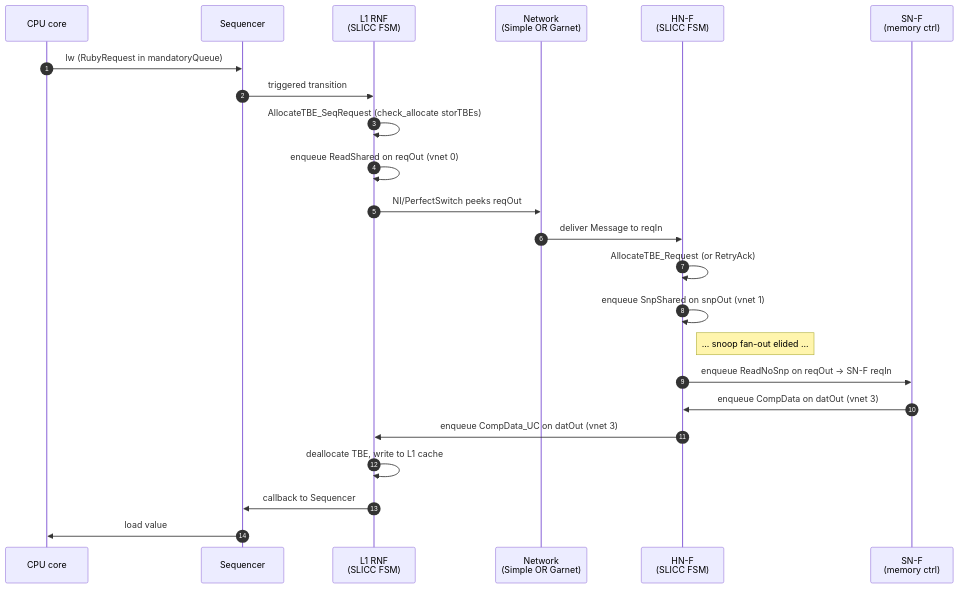
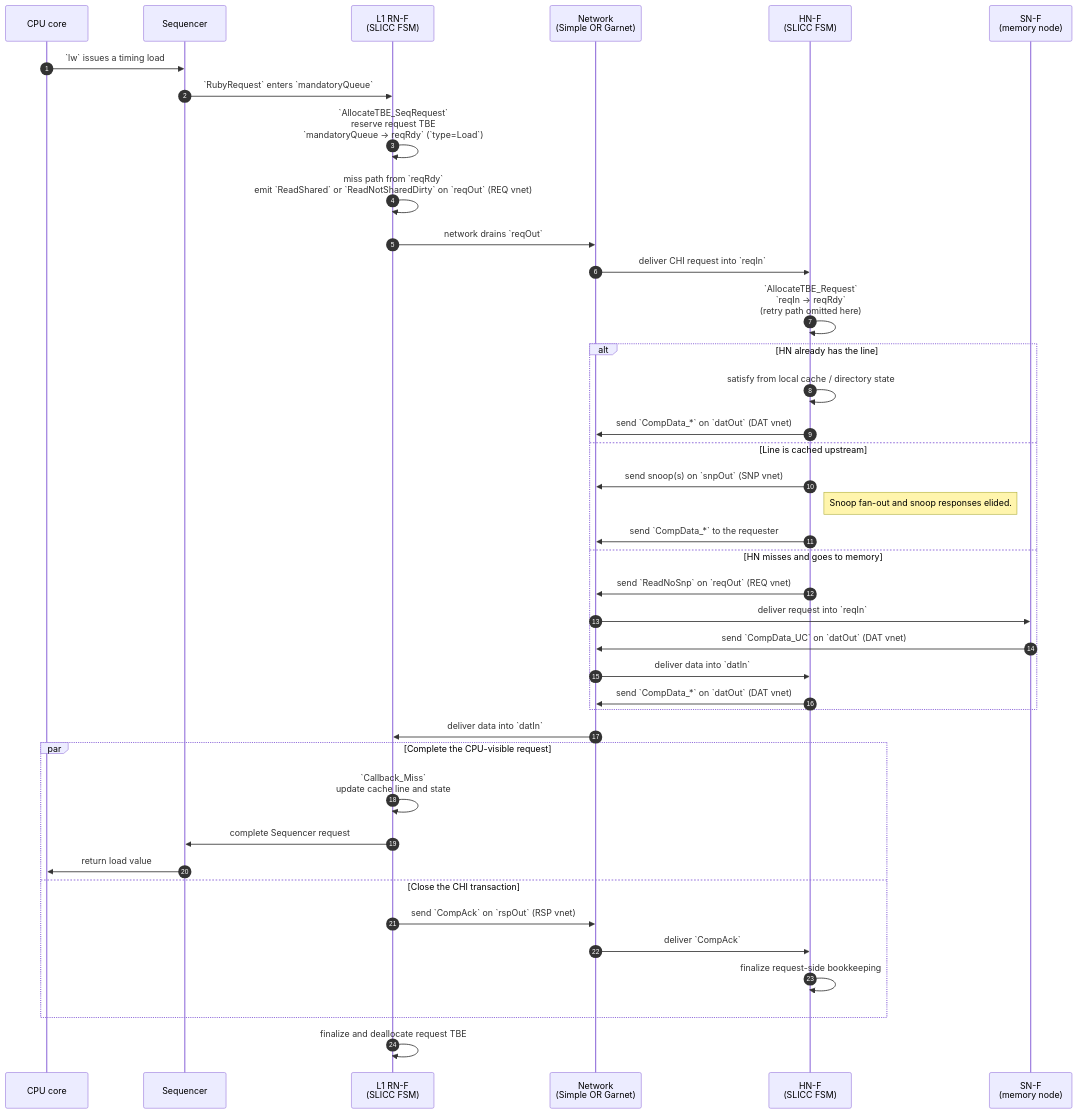
The sixth of 6 diagrams in ruby-book/extra/RubyBuffersModeling.md (ripopov/gem5), drawn with Mermaid before and after one commit. The commit also changed other lines of this file, not shown here.

Commit message:
misc: Clarify Ruby buffer diagrams and flow

````diff
--- a/ruby-book/extra/RubyBuffersModeling.md
+++ b/ruby-book/extra/RubyBuffersModeling.md
@@ -850,26 +1060,46 @@
 ```mermaid
 sequenceDiagram
     autonumber
     participant CPU as CPU core
     participant Seq as Sequencer
-    participant L1 as L1 RNF<br/>(SLICC FSM)
+    participant L1 as L1 RN-F<br/>(SLICC FSM)
     participant Net as Network<br/>(Simple OR Garnet)
     participant HN as HN-F<br/>(SLICC FSM)
-    participant SN as SN-F<br/>(memory ctrl)
+    participant SN as SN-F<br/>(memory node)
 
-    CPU->>Seq: lw  (RubyRequest in mandatoryQueue)
-    Seq->>L1: triggered transition
-    L1->>L1: AllocateTBE_SeqRequest (check_allocate storTBEs)
-    L1->>L1: enqueue ReadShared on reqOut (vnet 0)
-    L1->>Net: NI/PerfectSwitch peeks reqOut
-    Net->>HN: deliver Message to reqIn
-    HN->>HN: AllocateTBE_Request (or RetryAck)
-    HN->>HN: enqueue SnpShared on snpOut (vnet 1)
-    Note right of HN: ... snoop fan-out elided ...
-    HN->>SN: enqueue ReadNoSnp on reqOut → SN-F reqIn
-    SN->>HN: enqueue CompData on datOut (vnet 3)
-    HN->>L1: enqueue CompData_UC on datOut (vnet 3)
-    L1->>L1: deallocate TBE, write to L1 cache
-    L1->>Seq: callback to Sequencer
-    Seq->>CPU: load value
+    CPU->>Seq: `lw` issues a timing load
+    Seq->>L1: `RubyRequest` enters `mandatoryQueue`
+    L1->>L1: `AllocateTBE_SeqRequest`<br/>reserve request TBE<br/>`mandatoryQueue -> reqRdy` (`type=Load`)
+    L1->>L1: miss path from `reqRdy`<br/>emit `ReadShared` or `ReadNotSharedDirty` on `reqOut` (REQ vnet)
+    L1->>Net: network drains `reqOut`
+    Net->>HN: deliver CHI request into `reqIn`
+    HN->>HN: `AllocateTBE_Request`<br/>`reqIn -> reqRdy`<br/>(retry path omitted here)
+
+    alt HN already has the line
+        HN->>HN: satisfy from local cache / directory state
+        HN->>Net: send `CompData_*` on `datOut` (DAT vnet)
+    else Line is cached upstream
+        HN->>Net: send snoop(s) on `snpOut` (SNP vnet)
+        Note right of HN: Snoop fan-out and snoop responses elided.
+        HN->>Net: send `CompData_*` to the requester
+    else HN misses and goes to memory
+        HN->>Net: send `ReadNoSnp` on `reqOut` (REQ vnet)
+        Net->>SN: deliver request into `reqIn`
+        SN->>Net: send `CompData_UC` on `datOut` (DAT vnet)
+        Net->>HN: deliver data into `datIn`
+        HN->>Net: send `CompData_*` on `datOut` (DAT vnet)
+    end
+
+    Net->>L1: deliver data into `datIn`
+    par Complete the CPU-visible request
+        L1->>L1: `Callback_Miss`<br/>update cache line and state
+        L1->>Seq: complete Sequencer request
+        Seq->>CPU: return load value
+    and Close the CHI transaction
+        L1->>Net: send `CompAck` on `rspOut` (RSP vnet)
+        Net->>HN: deliver `CompAck`
+        HN->>HN: finalize request-side bookkeeping
+    end
+
+    L1->>L1: finalize and deallocate request TBE
 ```
````
